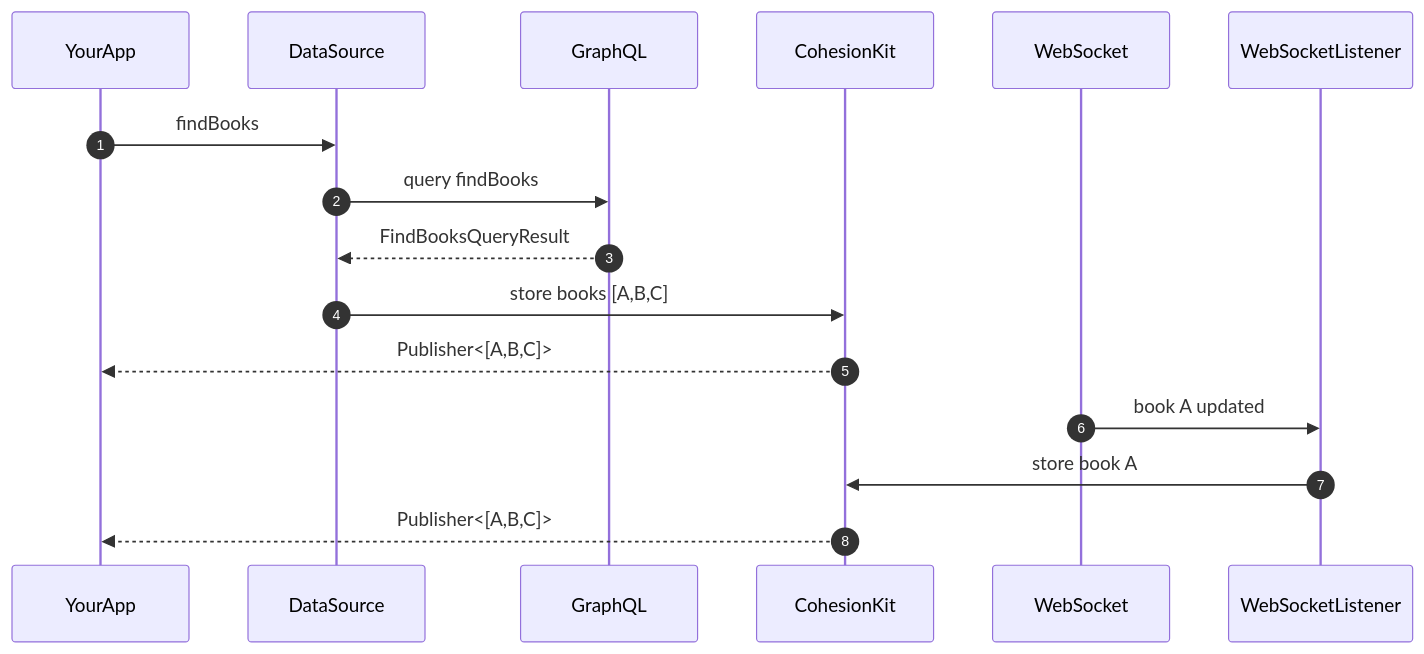
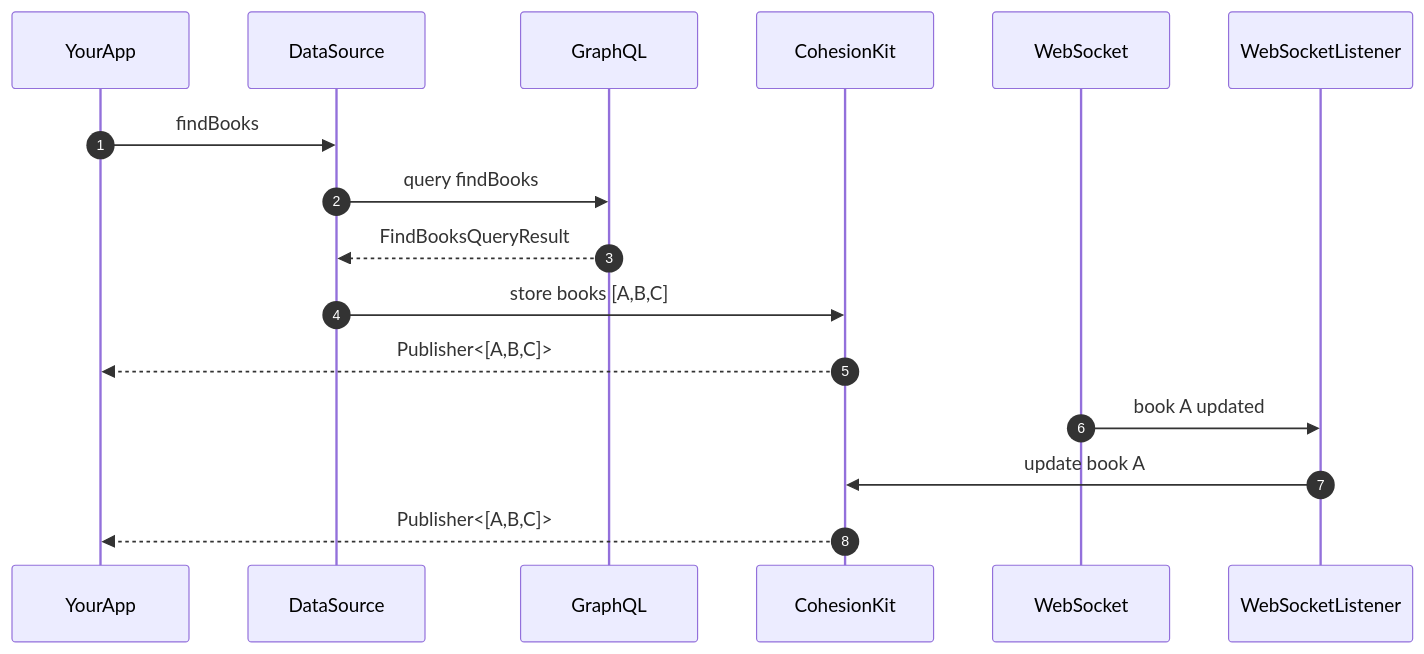
The diagram in README.md (pjechris/CohesionKit), drawn with Mermaid before and after one commit. The commit also changed other lines of this file, not shown here.

Commit message:
tech(doc): Add "known limitations" and "store vs update" sections (#33)

````diff
--- a/README.md
+++ b/README.md
@@ -38,14 +38,14 @@
 ```mermaid
 sequenceDiagram
     autonumber
 
 		YourApp ->>DataSource: findBooks
 		DataSource ->>GraphQL: query findBooks
 		GraphQL -->>DataSource: FindBooksQueryResult
 		DataSource ->>CohesionKit: store books [A,B,C]
 		CohesionKit -->> YourApp: Publisher<[A,B,C]>
 
 		WebSocket ->> WebSocketListener: book A updated
-		WebSocketListener ->> CohesionKit: store book A
+		WebSocketListener ->> CohesionKit: update book A
 		CohesionKit -->> YourApp: Publisher<[A,B,C]>
 ```
````
